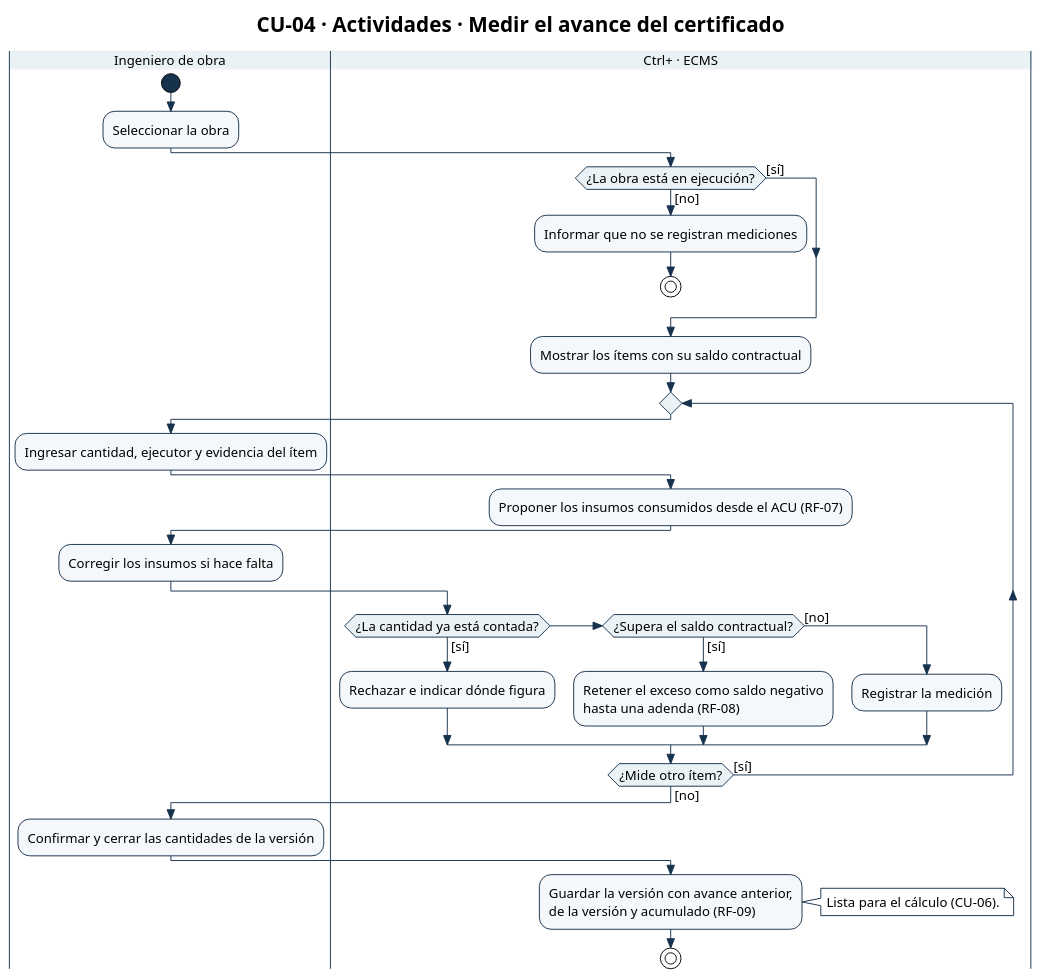
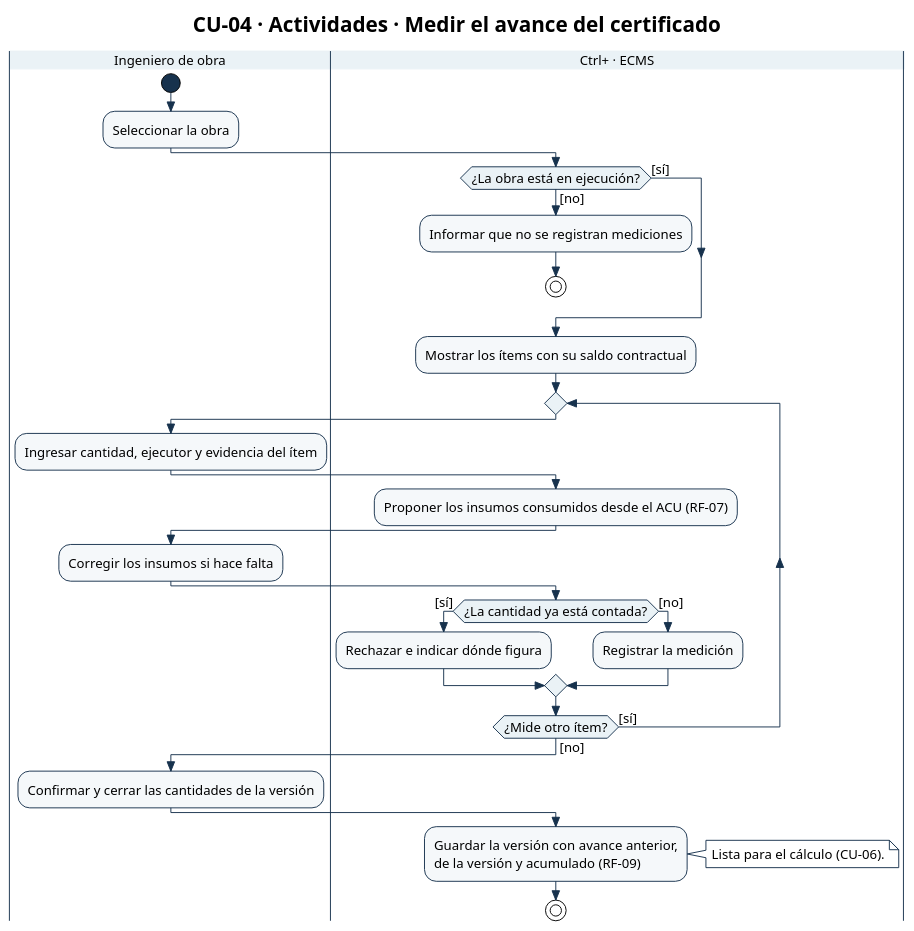
Before and after one commit to Ssrrb/tpf-uca: the diagram in diagramas/CU-04-actividades.puml, drawn with PlantUML. The commit also changed 16 other files, not shown here.

```diff
--- a/diagramas/CU-04-actividades.puml
+++ b/diagramas/CU-04-actividades.puml
@@ -1,72 +1,69 @@
 @startuml
 !theme plain
 skinparam style strictuml
 skinparam shadowing false
 skinparam defaultFontName Arial
 skinparam defaultFontSize 14
 skinparam ArrowColor #17324D
 skinparam activity {
   StartColor #17324D
   EndColor #17324D
   BarColor #17324D
   BackgroundColor #F5F8FA
   BorderColor #17324D
   DiamondBackgroundColor #EAF2F6
   DiamondBorderColor #17324D
 }
 skinparam swimlane {
   BorderColor #17324D
   TitleBackgroundColor #EAF2F6
 }
 skinparam state {
   StartColor #17324D
   EndColor #17324D
   BackgroundColor #F5F8FA
   BorderColor #17324D
 }
 skinparam package {
   BackgroundColor #EAF2F6
   BorderColor #17324D
 }
 skinparam note {
   BackgroundColor #FFFFFF
   BorderColor #17324D
 }
 title CU-04 · Actividades · Medir el avance del certificado
 |Ingeniero de obra|
 start
 :Seleccionar la obra;
 |Ctrl+ · ECMS|
 if (¿La obra está en ejecución?) then ([no])
   :Informar que no se registran mediciones;
   stop
 else ([sí])
 endif
 :Mostrar los ítems con su saldo contractual;
 repeat
   |Ingeniero de obra|
   :Ingresar cantidad, ejecutor y evidencia del ítem;
   |Ctrl+ · ECMS|
   :Proponer los insumos consumidos desde el ACU (RF-07);
   |Ingeniero de obra|
   :Corregir los insumos si hace falta;
   |Ctrl+ · ECMS|
   if (¿La cantidad ya está contada?) then ([sí])
     :Rechazar e indicar dónde figura;
-  elseif (¿Supera el saldo contractual?) then ([sí])
-    :Retener el exceso como saldo negativo
-    hasta una adenda (RF-08);
   else ([no])
     :Registrar la medición;
   endif
 repeat while (¿Mide otro ítem?) is ([sí]) not ([no])
 |Ingeniero de obra|
 :Confirmar y cerrar las cantidades de la versión;
 |Ctrl+ · ECMS|
 :Guardar la versión con avance anterior,
 de la versión y acumulado (RF-09);
 note right
   Lista para el cálculo (CU-06).
 end note
 stop
 @enduml
```
